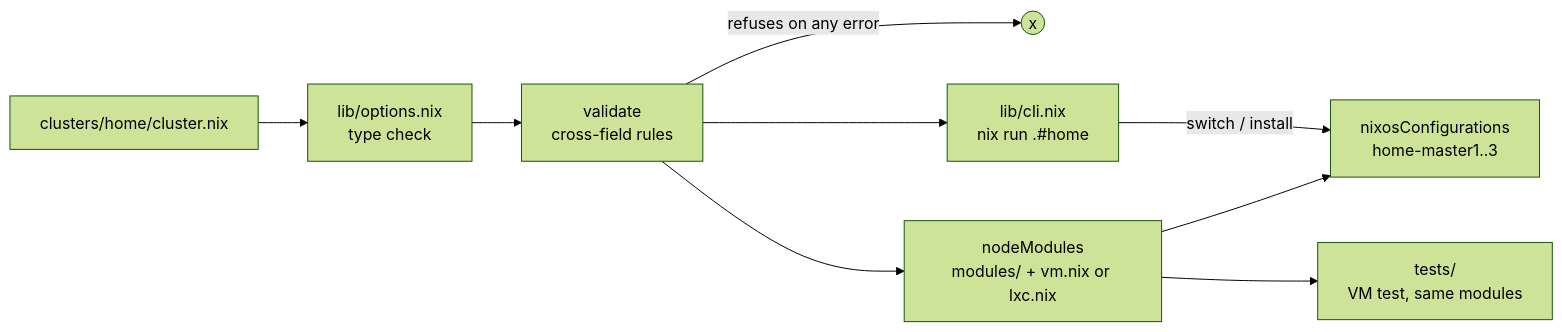
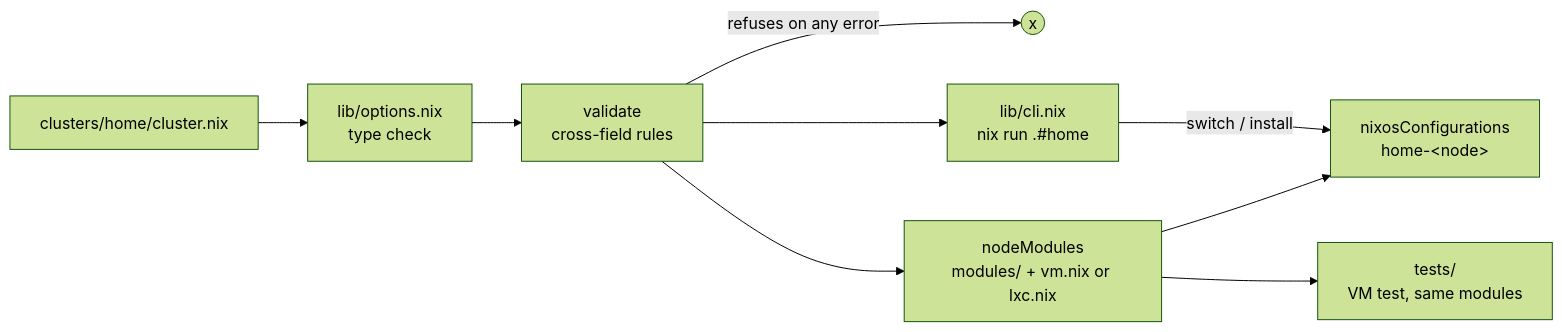
The second of 8 diagrams in docs/ARCHITECTURE.md (xLexih/homelab), drawn with Mermaid (forest theme) before and after one commit. The commit also changed other lines of this file and 16 other files, not shown here.

First line of the commit message:
feat(home): run home as one node

````diff
--- a/docs/ARCHITECTURE.md
+++ b/docs/ARCHITECTURE.md
@@ -27,11 +22,11 @@
 ```mermaid
 flowchart LR
   cfg["clusters/home/cluster.nix"] --> opts["lib/options.nix<br/>type check"]
   opts --> val["validate<br/>cross-field rules"]
   val -->|refuses on any error| stop((x))
   val --> mods["nodeModules<br/>modules/ + vm.nix or lxc.nix"]
-  mods --> sys["nixosConfigurations<br/>home-master1..3"]
+  mods --> sys["nixosConfigurations<br/>home-&lt;node&gt;"]
   val --> cli["lib/cli.nix<br/>nix run .#home"]
   mods --> test["tests/<br/>VM test, same modules"]
   cli -->|switch / install| sys
 ```
````
